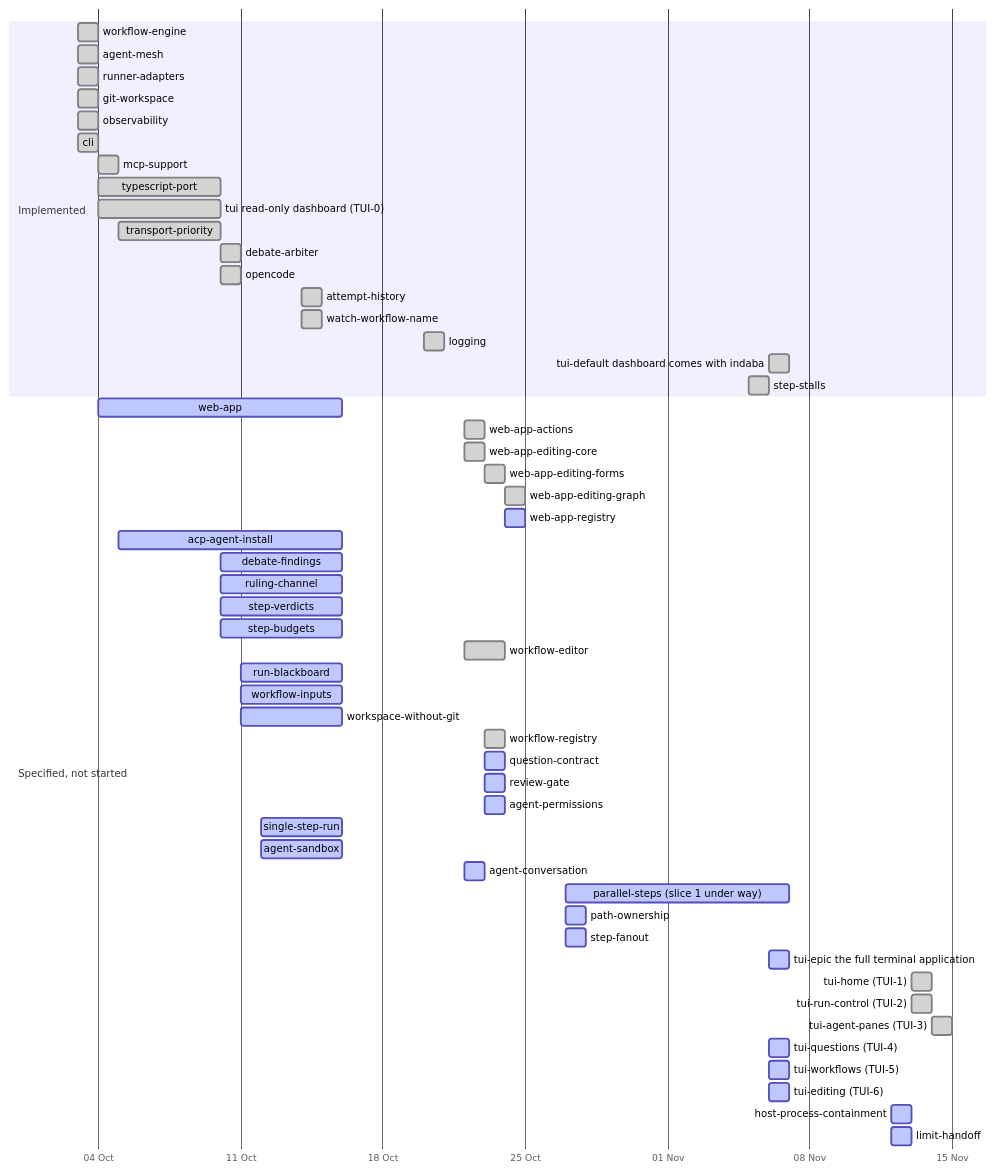
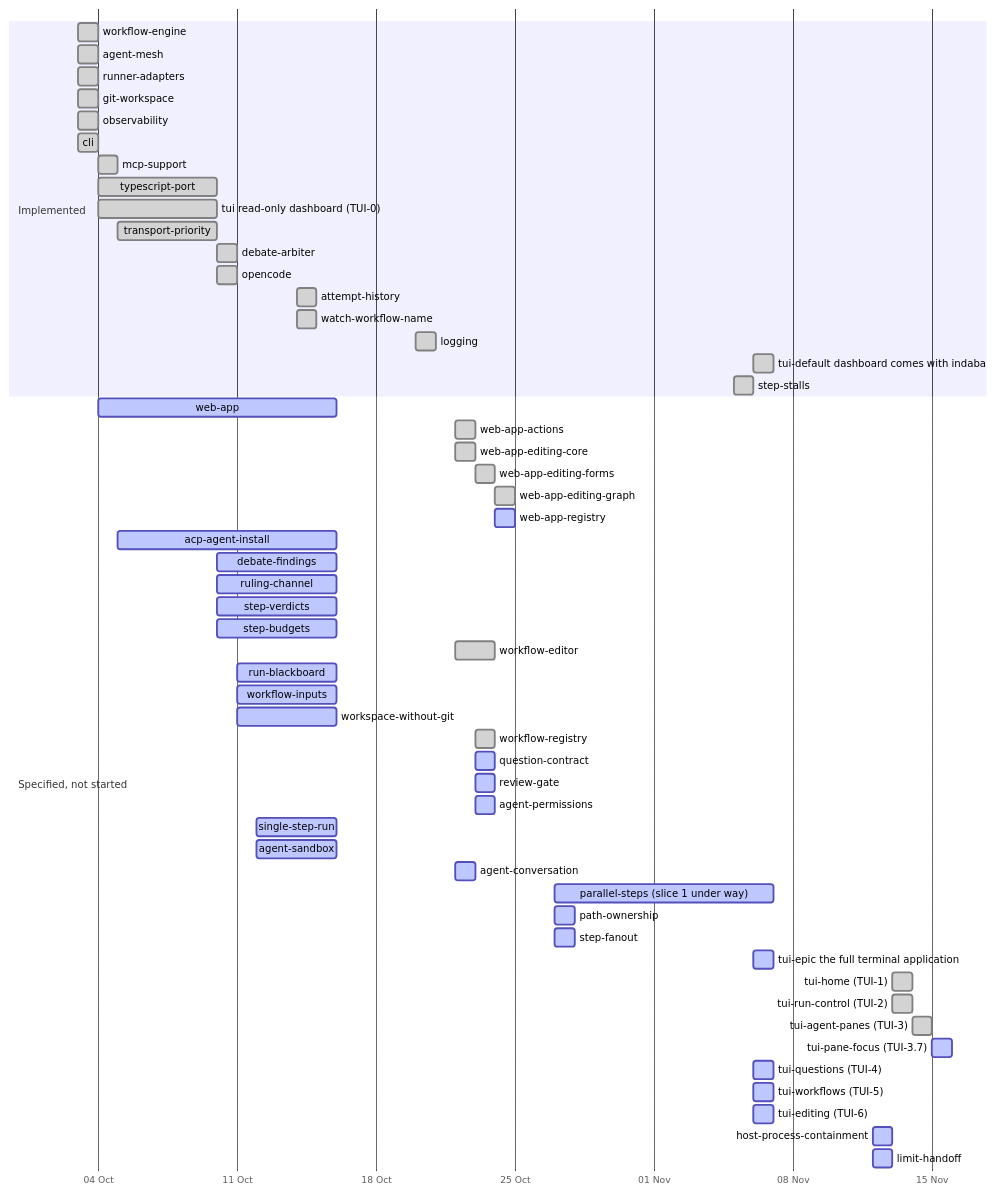
The second of 3 diagrams in specs/DEPENDENCY_MAP.md (yaotzin1/indaba), drawn with Mermaid before and after one commit. The commit also changed other lines of this file and 19 other files, not shown here.

First line of the commit message:
feat(tui): show where the arrow keys are, and let tab reach every area at every width (tui-pane-focus, TUI-3.7) (#146)

````diff
--- a/specs/DEPENDENCY_MAP.md
+++ b/specs/DEPENDENCY_MAP.md
@@ -71,58 +71,59 @@
 ```mermaid
 gantt
     dateFormat YYYY-MM-DD
     axisFormat %d %b
     section Implemented
     workflow-engine        :done, 2026-10-03, 2026-10-04
     agent-mesh             :done, 2026-10-03, 2026-10-04
     runner-adapters        :done, 2026-10-03, 2026-10-04
     git-workspace          :done, 2026-10-03, 2026-10-04
     observability          :done, 2026-10-03, 2026-10-04
     cli                    :done, 2026-10-03, 2026-10-04
     mcp-support            :done, 2026-10-04, 1d
     typescript-port        :done, 2026-10-04, 2026-10-10
     tui read-only dashboard (TUI-0) :done, 2026-10-04, 2026-10-10
     transport-priority     :done, 2026-10-05, 2026-10-10
     debate-arbiter         :done, 2026-10-10, 1d
     opencode               :done, 2026-10-10, 1d
     attempt-history        :done, 2026-10-14, 1d
     watch-workflow-name    :done, 2026-10-14, 1d
     logging                :done, 2026-10-20, 2026-10-21
     tui-default dashboard comes with indaba :done, 2026-11-06, 1d
     step-stalls            :done, 2026-11-05, 2026-11-06
     section Specified, not started
     web-app                :active, 2026-10-04, 2026-10-16
     web-app-actions        :done, 2026-10-22, 1d
     web-app-editing-core   :done, 2026-10-22, 1d
     web-app-editing-forms  :done, 2026-10-23, 1d
     web-app-editing-graph  :done, 2026-10-24, 1d
     web-app-registry       :active, 2026-10-24, 1d
     acp-agent-install      :active, 2026-10-05, 2026-10-16
     debate-findings        :active, 2026-10-10, 2026-10-16
     ruling-channel         :active, 2026-10-10, 2026-10-16
     step-verdicts          :active, 2026-10-10, 2026-10-16
     step-budgets           :active, 2026-10-10, 2026-10-16
     workflow-editor        :done, 2026-10-22, 2d
     run-blackboard         :active, 2026-10-11, 2026-10-16
     workflow-inputs        :active, 2026-10-11, 2026-10-16
     workspace-without-git  :active, 2026-10-11, 2026-10-16
     workflow-registry      :done, 2026-10-23, 1d
     question-contract      :active, 2026-10-23, 2026-10-24
     review-gate            :active, 2026-10-23, 2026-10-24
     agent-permissions      :active, 2026-10-23, 2026-10-24
     single-step-run        :active, 2026-10-12, 2026-10-16
     agent-sandbox          :active, 2026-10-12, 2026-10-16
     agent-conversation     :active, 2026-10-22, 2026-10-23
     parallel-steps (slice 1 under way) :active, 2026-10-27, 2026-11-07
     path-ownership         :active, 2026-10-27, 1d
     step-fanout            :active, 2026-10-27, 1d
     tui-epic the full terminal application :active, 2026-11-06, 1d
     tui-home (TUI-1)       :done, 2026-11-13, 1d
     tui-run-control (TUI-2) :done, 2026-11-13, 1d
     tui-agent-panes (TUI-3) :done, 2026-11-14, 1d
+    tui-pane-focus (TUI-3.7) :active, 2026-11-15, 1d
     tui-questions (TUI-4)  :active, 2026-11-06, 1d
     tui-workflows (TUI-5)  :active, 2026-11-06, 1d
     tui-editing (TUI-6)    :active, 2026-11-06, 1d
     host-process-containment :active, 2026-11-12, 1d
     limit-handoff            :active, 2026-11-12, 1d
 ```
````
